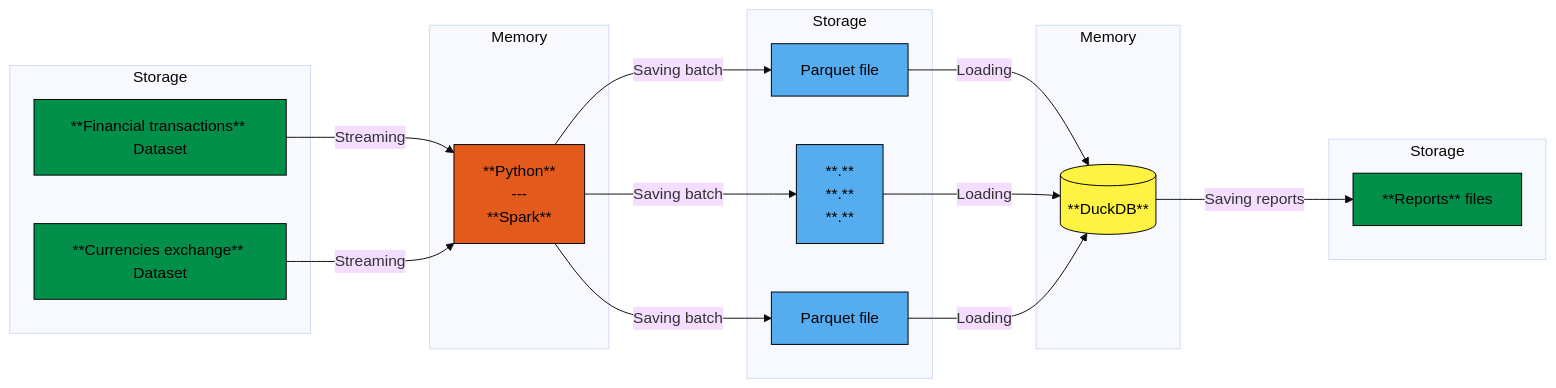
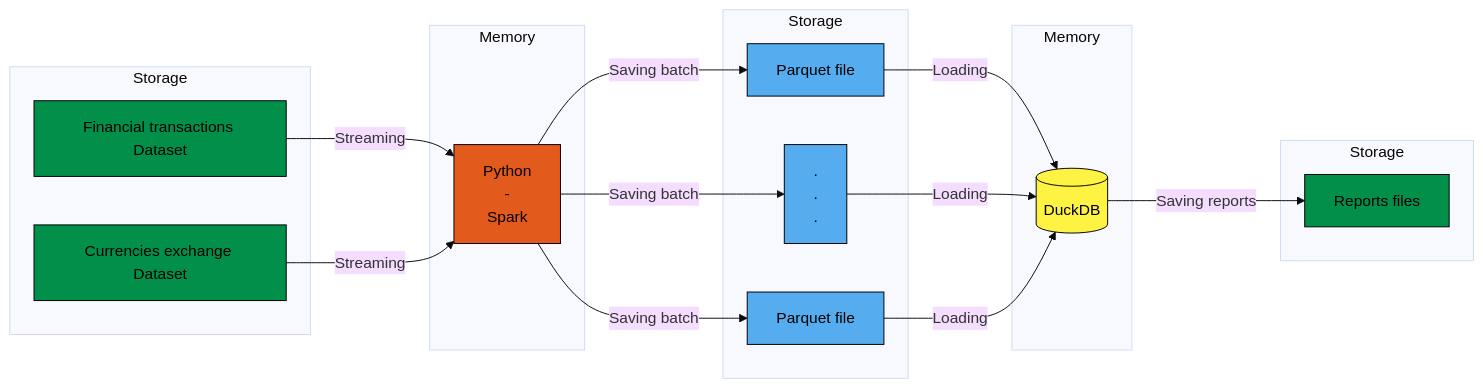
The diagram in README.md (LugolBis/data-financial), drawn with Mermaid (base theme) before and after one commit.

````diff
--- a/README.md
+++ b/README.md
@@ -9,44 +9,44 @@
 ```mermaid
 flowchart LR
-    A[**Financial transactions** Dataset] -->|Streaming| C[**Python** <br>--- <br> **Spark**]
-    B[**Currencies exchange** Dataset] -->|Streaming| C[**Python** <br>--- <br> **Spark**]
+    A[Financial transactions Dataset] -->|Streaming| C[Python <br>-<br> Spark]
+    B[Currencies exchange Dataset] -->|Streaming| C[Python <br>-<br> Spark]
     C -->|Saving batch| D0[Parquet file]
-    C -->|Saving batch| D1[**.**<br>**.**<br> **.**]
+    C -->|Saving batch| D1[.<br>.<br> .]
     C -->|Saving batch| D2[Parquet file]
-    D0 -->|Loading| E[(**DuckDB**)]
-    D1 -->|Loading| E[(**DuckDB**)]
-    D2 -->|Loading| E[(**DuckDB**)]
-    E -->|Saving reports| F[**Reports** files]
+    D0 -->|Loading| E[(DuckDB)]
+    D1 -->|Loading| E[(DuckDB)]
+    D2 -->|Loading| E[(DuckDB)]
+    E -->|Saving reports| F[Reports files]
 
     subgraph Extraction [Storage]
         A
         B
     end
 
     subgraph Processing [Memory]
         C
     end
 
     subgraph Save [Storage]
         D0
         D1
         D2
     end
 
     subgraph DBInMemory [Memory]
         E
     end
 
     subgraph Reports [Storage]
         F
     end
     
     style A fill:#018f4a,stroke:#000000,color:#000000,stroke-width:1px
     style B fill:#018f4a,stroke:#000000,color:#000000,stroke-width:1px
     style C fill:#e25a1c,stroke:#000000,color:#000000,stroke-width:1px
     style D0 fill:#55acee,stroke:#000000,color:#000000,stroke-width:1px
     style D1 fill:#55acee,stroke:#000000,color:#000000,stroke-width:1px
     style D2 fill:#55acee,stroke:#000000,color:#000000,stroke-width:1px
     style E fill:#fef242,stroke:#000000,color:#000000,stroke-width:1px
     style F fill:#018f4a,stroke:#000000,color:#000000,stroke-width:1px
 ```
````
